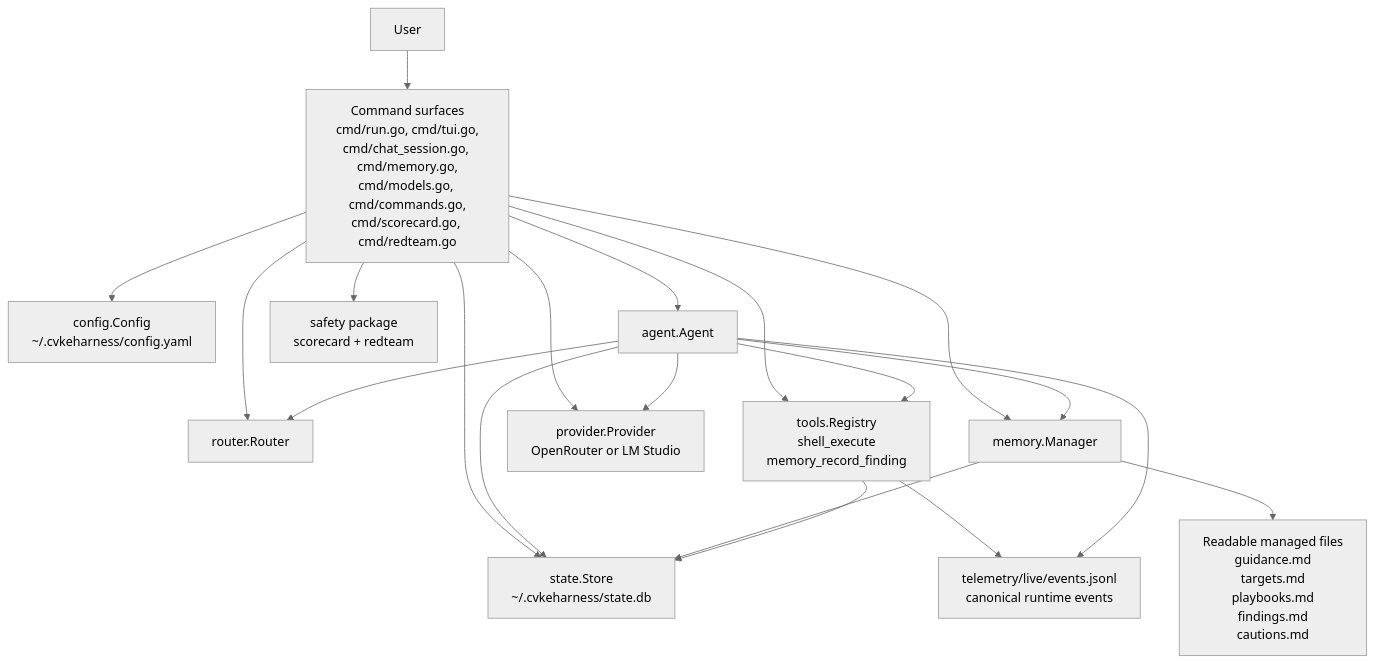
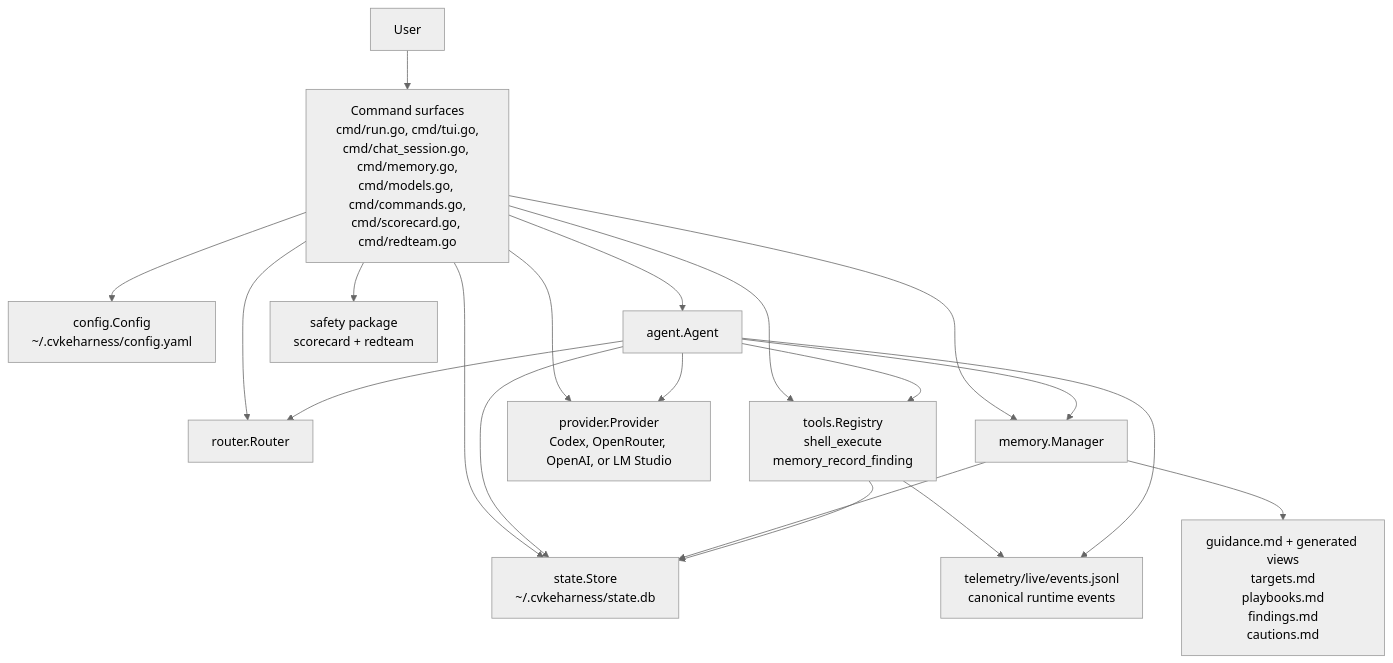
One commit to Glebenator/CvkeHarness changed the first of 8 diagrams in docs/project-visual-guide.md. Above: the diagram before and after it, drawn with Mermaid (neutral theme). The commit also changed other lines of this file and 4 other files, not shown here.

````diff
--- a/docs/project-visual-guide.md
+++ b/docs/project-visual-guide.md
@@ -19,37 +19,37 @@
 ```mermaid
 flowchart TD
     user["User"]
     cli["Command surfaces\ncmd/run.go, cmd/tui.go,\ncmd/chat_session.go, cmd/memory.go,\ncmd/models.go, cmd/commands.go,\ncmd/scorecard.go, cmd/redteam.go"]
     cfg["config.Config\n~/.cvkeharness/config.yaml"]
     agent["agent.Agent"]
     router["router.Router"]
     tools["tools.Registry\nshell_execute\nmemory_record_finding"]
     memory["memory.Manager"]
     store["state.Store\n~/.cvkeharness/state.db"]
-    provider["provider.Provider\nOpenRouter or LM Studio"]
-    files["Readable managed files\nguidance.md\ntargets.md\nplaybooks.md\nfindings.md\ncautions.md"]
+    provider["provider.Provider\nCodex, OpenRouter, OpenAI, or LM Studio"]
+    files["guidance.md + generated views\ntargets.md\nplaybooks.md\nfindings.md\ncautions.md"]
     safety["safety package\nscorecard + redteam"]
     telemetry["telemetry/live/events.jsonl\ncanonical runtime events"]
 
     user --> cli
     cli --> cfg
     cli --> agent
     cli --> router
     cli --> tools
     cli --> memory
     cli --> store
     cli --> provider
     cli --> safety
 
     agent --> router
     agent --> tools
     agent --> memory
     agent --> store
     agent --> provider
 
     memory --> files
     memory --> store
     tools --> store
     tools --> telemetry
     agent --> telemetry
 ```
````
